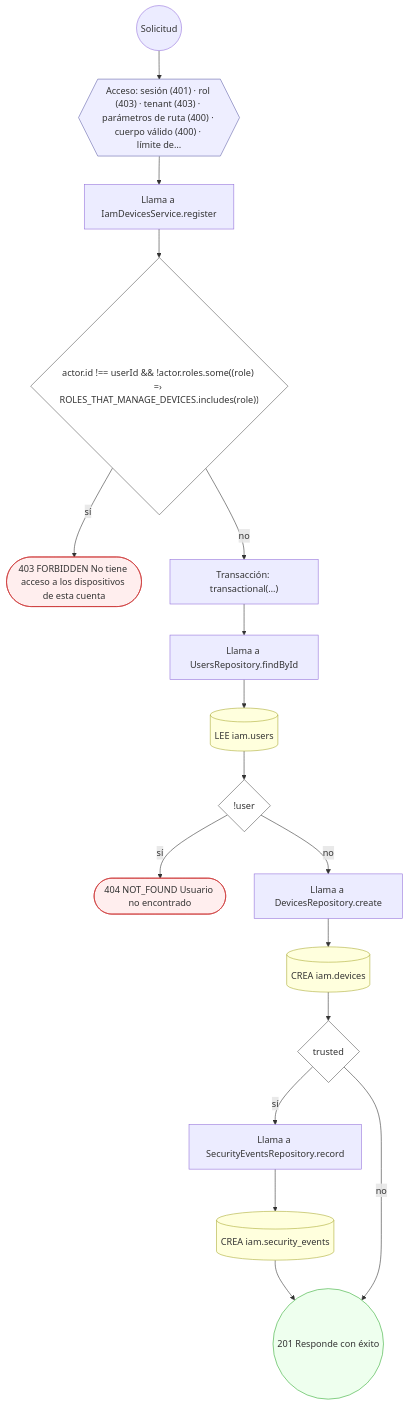
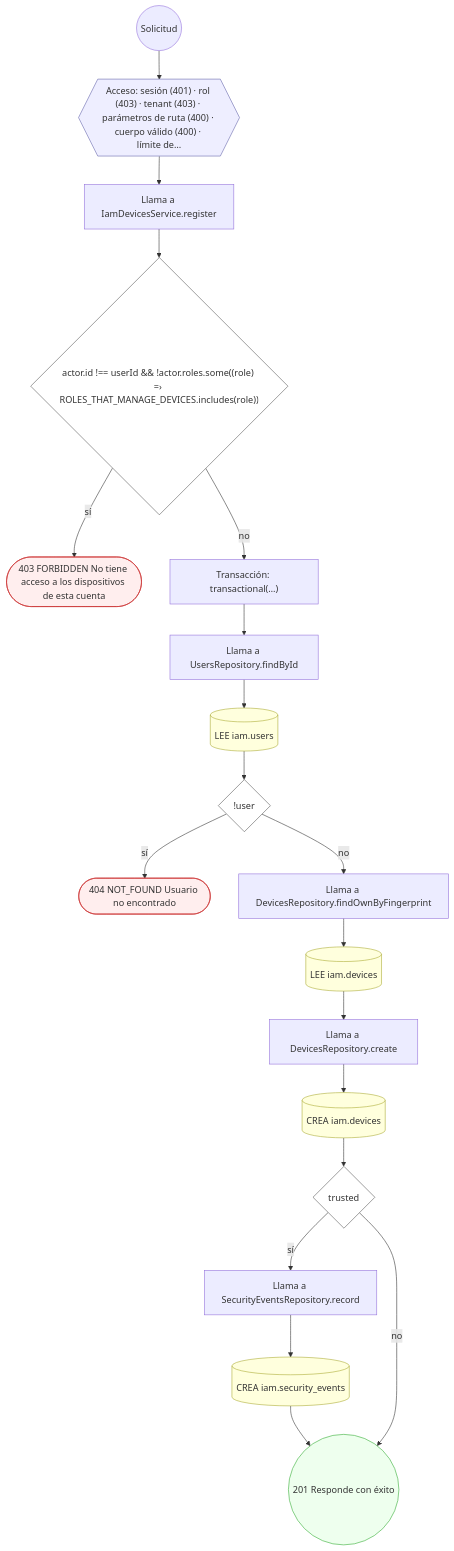
One commit to mdavila-2001/mantra-core-health-api changed diagram 34 of 44 in docs/inventario/flujos/iam.md. Above: the diagram before and after it, drawn with Mermaid. The commit also changed other lines of this file and 376 other files, not shown here.

````diff
--- a/docs/inventario/flujos/iam.md
+++ b/docs/inventario/flujos/iam.md
@@ -2889,41 +3169,45 @@
 ```mermaid
 flowchart TD
   n1(("Solicitud")):::inicio
   n2{{"Acceso: sesión (401) · rol (403) · tenant (403) · parámetros de ruta (400) · cuerpo válido (400) · límite de…"}}:::acceso
   n1 --> n2
   n3["Llama a IamDevicesService.register"]:::llamada
   n2 --> n3
   n4{"actor.id !== userId && !actor.roles.some((role) =› ROLES_THAT_MANAGE_DEVICES.includes(role))"}:::decision
   n3 --> n4
   n5(["403 FORBIDDEN No tiene acceso a los dispositivos de esta cuenta"]):::error
   n4 -->|"sí"| n5
   n6["Transacción: transactional(…)"]:::transaccion
   n4 -->|"no"| n6
   n7["Llama a UsersRepository.findById"]:::llamada
   n6 --> n7
   n8[("LEE iam.users")]:::efecto
   n7 --> n8
   n9{"!user"}:::decision
   n8 --> n9
   n10(["404 NOT_FOUND Usuario no encontrado"]):::error
   n9 -->|"sí"| n10
-  n11["Llama a DevicesRepository.create"]:::llamada
+  n11["Llama a DevicesRepository.findOwnByFingerprint"]:::llamada
   n9 -->|"no"| n11
-  n12[("CREA iam.devices")]:::efecto
+  n12[("LEE iam.devices")]:::efecto
   n11 --> n12
-  n13{"trusted"}:::decision
+  n13["Llama a DevicesRepository.create"]:::llamada
   n12 --> n13
-  n14["Llama a SecurityEventsRepository.record"]:::llamada
-  n13 -->|"sí"| n14
-  n15[("CREA iam.security_events")]:::efecto
+  n14[("CREA iam.devices")]:::efecto
+  n13 --> n14
+  n15{"trusted"}:::decision
   n14 --> n15
-  n16(("201 Responde con éxito")):::ok
-  n15 --> n16
-  n13 -->|"no"| n16
+  n16["Llama a SecurityEventsRepository.record"]:::llamada
+  n15 -->|"sí"| n16
+  n17[("CREA iam.security_events")]:::efecto
+  n16 --> n17
+  n18(("201 Responde con éxito")):::ok
+  n17 --> n18
+  n15 -->|"no"| n18
   classDef acceso fill:#eef,stroke:#66a
   classDef error fill:#fee,stroke:#c33
   classDef ok fill:#efe,stroke:#3a3
   classDef efecto fill:#ffd,stroke:#aa3
   classDef decision fill:#fff,stroke:#555
   classDef corte fill:#eee,stroke:#999,stroke-dasharray: 4
 ```
````
